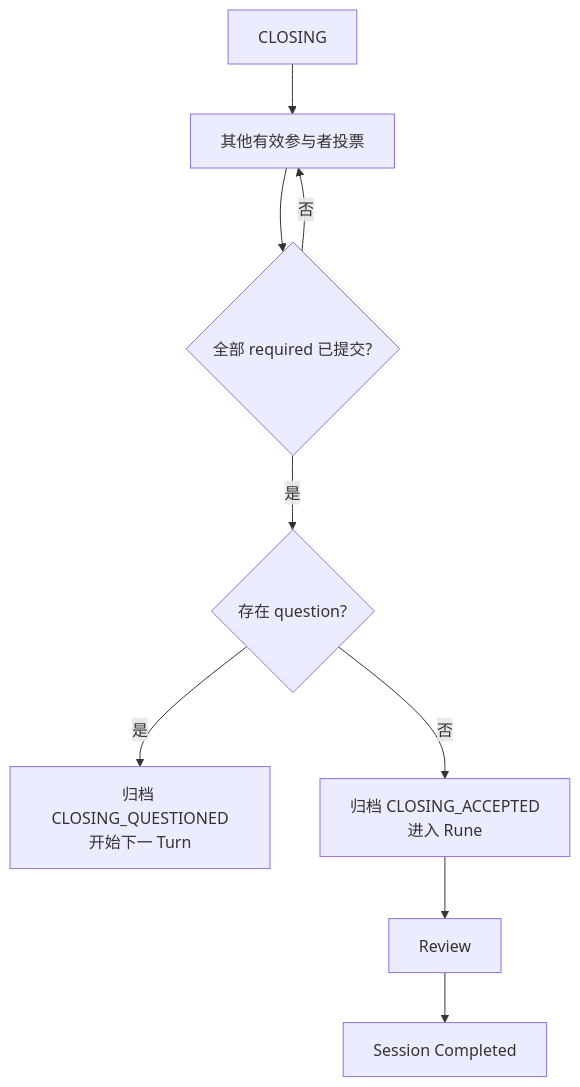
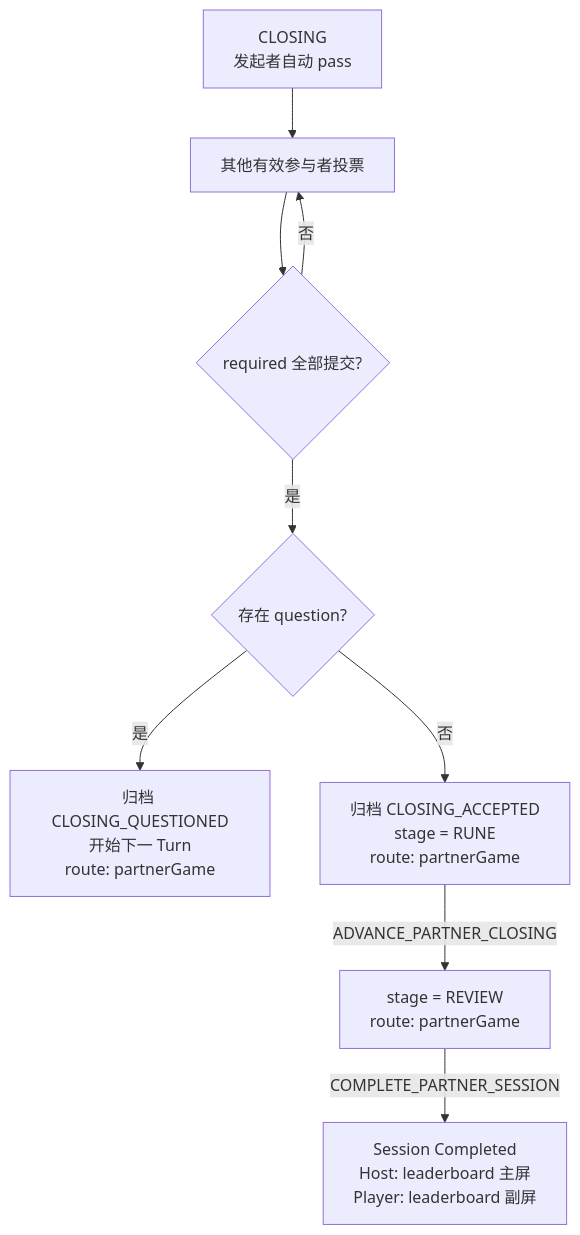
The tenth of 17 diagrams in docs/ROOM_BUSINESS_FLOWS.md (Bubble-419/cardboard-miniprogram), drawn with Mermaid before and after one commit. The commit also changed other lines of this file and 25 other files, not shown here.

Commit message:
fix: align v3 routes with business flows

````diff
--- a/docs/ROOM_BUSINESS_FLOWS.md
+++ b/docs/ROOM_BUSINESS_FLOWS.md
@@ -183,17 +333,19 @@
 ```mermaid
 flowchart TD
-  CLOSE[CLOSING]
+  CLOSE[CLOSING<br/>发起者自动 pass]
   VOTE[其他有效参与者投票]
-  COMPLETE{全部 required 已提交?}
+  COMPLETE{required 全部提交?}
   QUESTION{存在 question?}
-  RETURN[归档 CLOSING_QUESTIONED<br/>开始下一 Turn]
-  RUNE[归档 CLOSING_ACCEPTED<br/>进入 Rune]
-  REVIEW[Review]
-  DONE[Session Completed]
+  RETURN[归档 CLOSING_QUESTIONED<br/>开始下一 Turn<br/>route: partnerGame]
+  RUNE[归档 CLOSING_ACCEPTED<br/>stage = RUNE<br/>route: partnerGame]
+  REVIEW[stage = REVIEW<br/>route: partnerGame]
+  DONE[Session Completed<br/>Host: leaderboard 主屏<br/>Player: leaderboard 副屏]
 
   CLOSE --> VOTE --> COMPLETE
   COMPLETE -->|否| VOTE
   COMPLETE -->|是| QUESTION
   QUESTION -->|是| RETURN
-  QUESTION -->|否| RUNE --> REVIEW --> DONE
+  QUESTION -->|否| RUNE
+  RUNE -->|ADVANCE_PARTNER_CLOSING| REVIEW
+  REVIEW -->|COMPLETE_PARTNER_SESSION| DONE
 ```
````
